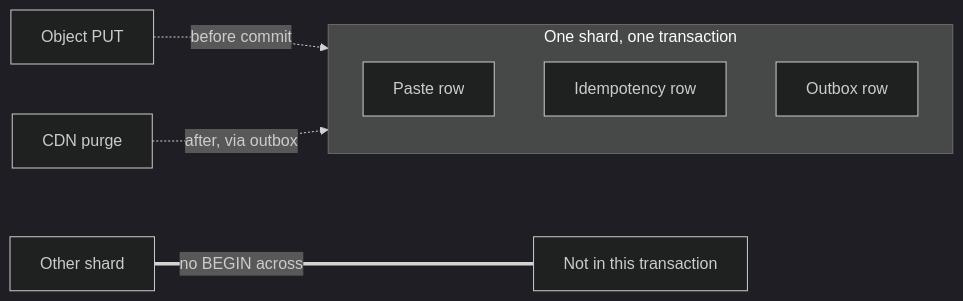
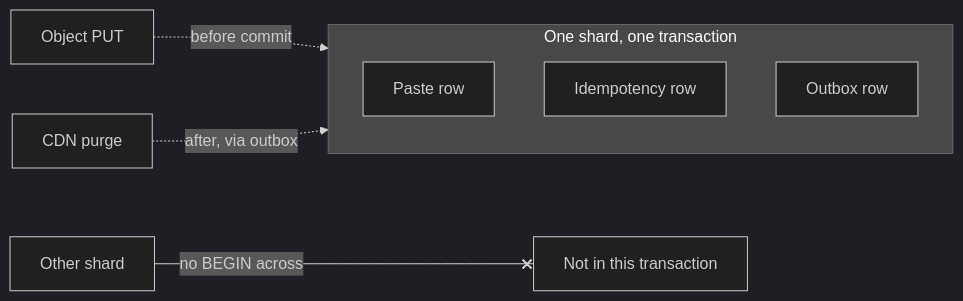
Before and after one commit to arunveersingh/faang-system-design-90-days: the diagram in days/40-transactions-that-stop-at-the-shard.md, drawn with Mermaid (dark theme). The commit also changed other lines of this file and 22 other files, not shown here.

````diff
--- a/days/40-transactions-that-stop-at-the-shard.md
+++ b/days/40-transactions-that-stop-at-the-shard.md
@@ -129,11 +129,11 @@
 ```mermaid
 flowchart LR
   subgraph shard [One shard, one transaction]
     paste[Paste row]
     idem[Idempotency row]
     outbox[Outbox row]
   end
   put[Object PUT] -.->|before commit| shard
   purge[CDN purge] -.->|after, via outbox| shard
-  other[Other shard] ===|no BEGIN across| ban[Not in this transaction]
+  other[Other shard] --x|no BEGIN across| ban[Not in this transaction]
 ```
````
